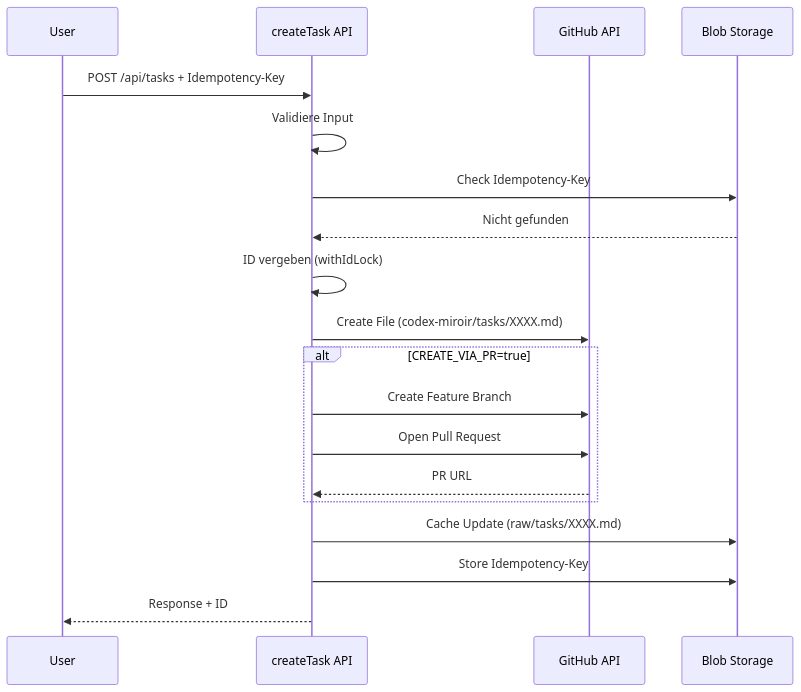
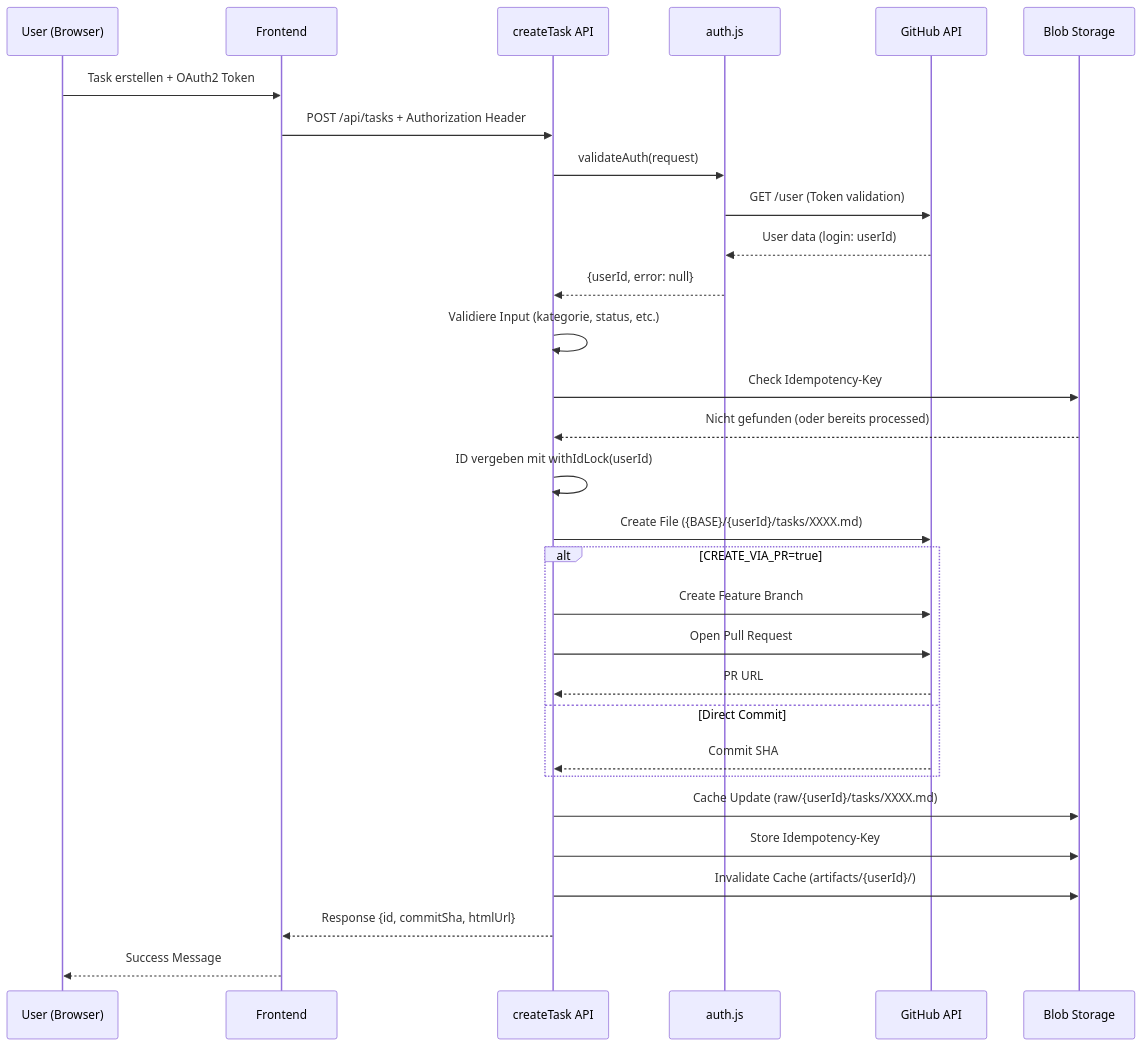
One commit to merlinbecker/CodexMiroir changed the third of 6 diagrams in documentation/arc42.md. Above: the diagram before and after it, drawn with Mermaid. The commit also changed other lines of this file and 20 other files, not shown here.

````diff
--- a/documentation/arc42.md
+++ b/documentation/arc42.md
@@ -181,22 +361,33 @@
 ```mermaid
 sequenceDiagram
-    participant U as User
+    participant U as User (Browser)
+    participant F as Frontend
     participant A as createTask API
+    participant Auth as auth.js
     participant G as GitHub API
     participant B as Blob Storage
 
-    U->>A: POST /api/tasks + Idempotency-Key
-    A->>A: Validiere Input
+    U->>F: Task erstellen + OAuth2 Token
+    F->>A: POST /api/tasks + Authorization Header
+    A->>Auth: validateAuth(request)
+    Auth->>G: GET /user (Token validation)
+    G-->>Auth: User data (login: userId)
+    Auth-->>A: {userId, error: null}
+    A->>A: Validiere Input (kategorie, status, etc.)
     A->>B: Check Idempotency-Key
-    B-->>A: Nicht gefunden
-    A->>A: ID vergeben (withIdLock)
-    A->>G: Create File (codex-miroir/tasks/XXXX.md)
+    B-->>A: Nicht gefunden (oder bereits processed)
+    A->>A: ID vergeben mit withIdLock(userId)
+    A->>G: Create File ({BASE}/{userId}/tasks/XXXX.md)
     alt CREATE_VIA_PR=true
         A->>G: Create Feature Branch
         A->>G: Open Pull Request
         G-->>A: PR URL
+    else Direct Commit
+        G-->>A: Commit SHA
     end
-    A->>B: Cache Update (raw/tasks/XXXX.md)
+    A->>B: Cache Update (raw/{userId}/tasks/XXXX.md)
     A->>B: Store Idempotency-Key
-    A-->>U: Response + ID
+    A->>B: Invalidate Cache (artifacts/{userId}/)
+    A-->>F: Response {id, commitSha, htmlUrl}
+    F-->>U: Success Message
 ```
````
